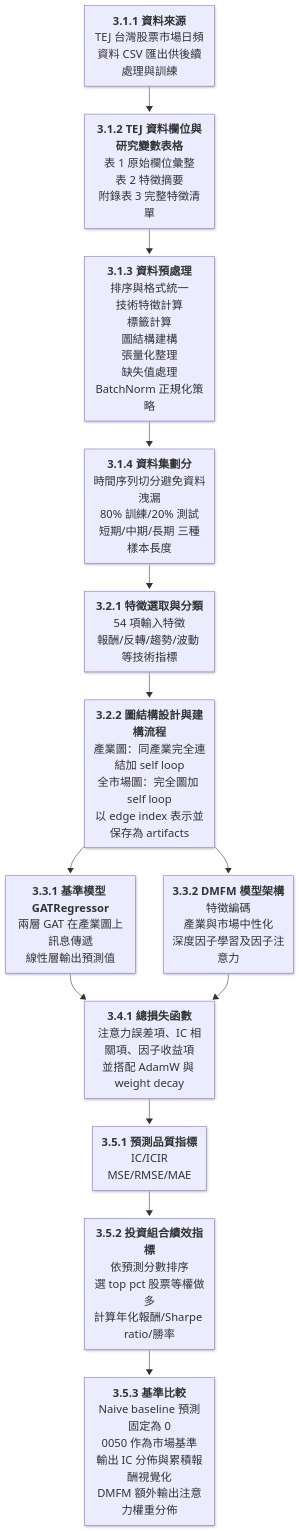
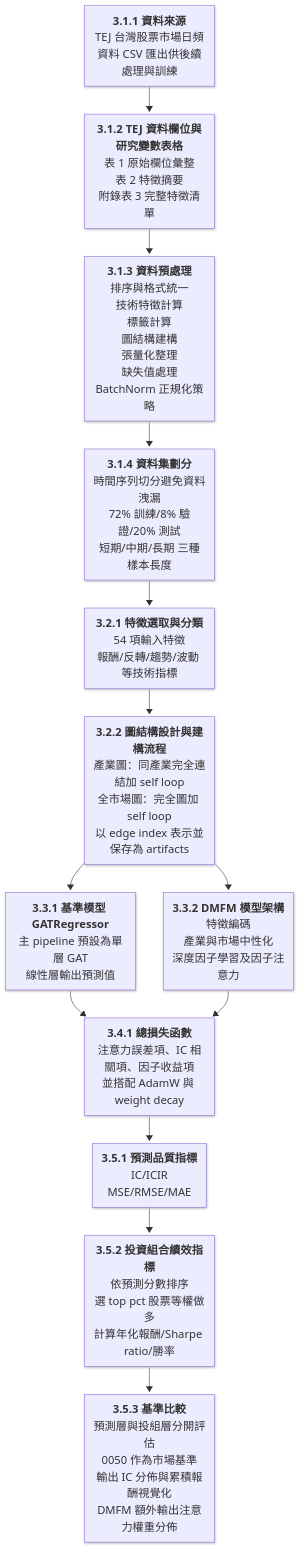
One commit to roy891030/Roy_Thesis changed the diagram in img/dmfm wei2022 gat Pipeline-2026-01-25-233003.mmd. Above: the diagram before and after it, drawn with Mermaid. The commit also changed 500 other files, not shown here.

```diff
--- a/img/dmfm wei2022 gat Pipeline-2026-01-25-233003.mmd
+++ b/img/dmfm wei2022 gat Pipeline-2026-01-25-233003.mmd
@@ -1,32 +1,32 @@
 ---
 config:
   layout: fixed
   look: neo
   themeVariables:
     fontSize: 20px
 ---
 flowchart TB
     A311["<b>3.1.1 資料來源<br></b>TEJ 台灣股票市場日頻資料 CSV 匯出供後續處理與訓練"] --> A312["<b>3.1.2 TEJ 資料欄位與研究變數表格<br></b>表 1 原始欄位彙整<br>表 2 特徵摘要<br>附錄表 3 完整特徵清單"]
     A312 --> A313["<b>3.1.3 資料預處理<br></b>排序與格式統一<br>技術特徵計算<br>標籤計算<br>圖結構建構<br>張量化整理<br>缺失值處理<br>BatchNorm 正規化策略"]
-    A313 --> A314["<b>3.1.4 資料集劃分<br></b>時間序列切分避免資料洩漏<br>80% 訓練/20% 測試<br>短期/中期/長期 三種樣本長度"]
+    A313 --> A314["<b>3.1.4 資料集劃分<br></b>時間序列切分避免資料洩漏<br>72% 訓練/8% 驗證/20% 測試<br>短期/中期/長期 三種樣本長度"]
     A314 --> B321["<b>3.2.1 特徵選取與分類<br></b>54 項輸入特徵<br>報酬/反轉/趨勢/波動 等技術指標"]
     B321 --> B322["<b>3.2.2 圖結構設計與建構流程<br></b>產業圖：同產業完全連結加 self loop<br>全市場圖：完全圖加 self loop<br>以 edge index 表示並保存為 artifacts"]
-    B322 --> C331["<b>3.3.1 基準模型 GATRegressor<br></b>兩層 GAT 在產業圖上訊息傳遞<br>線性層輸出預測值"] & C332["<b>3.3.2 DMFM 模型架構<br></b>特徵編碼<br>產業與市場中性化<br>深度因子學習及因子注意力"]
+    B322 --> C331["<b>3.3.1 基準模型 GATRegressor<br></b>主 pipeline 預設為單層 GAT<br>線性層輸出預測值"] & C332["<b>3.3.2 DMFM 模型架構<br></b>特徵編碼<br>產業與市場中性化<br>深度因子學習及因子注意力"]
     C331 --> D341["<b>3.4.1 總損失函數<br></b>注意力誤差項、IC 相關項、因子收益項<br>並搭配 AdamW 與 weight decay"]
     C332 --> D341
     D341 --> E351["<b>3.5.1 預測品質指標<br></b>IC/ICIR<br>MSE/RMSE/MAE"]
     E351 --> E352["<b>3.5.2 投資組合績效指標<br></b>依預測分數排序<br>選 top pct 股票等權做多<br>計算年化報酬/Sharpe ratio/勝率"]
-    E352 --> E353["<b>3.5.3 基準比較<br></b>Naive baseline 預測固定為 0<br>0050 作為市場基準<br>輸出 IC 分佈與累積報酬視覺化<br>DMFM 額外輸出注意力權重分佈"]
+    E352 --> E353["<b>3.5.3 基準比較<br></b>預測層與投組層分開評估<br>0050 作為市場基準<br>輸出 IC 分佈與累積報酬視覺化<br>DMFM 額外輸出注意力權重分佈"]
 
     A311@{ shape: rect}
     A312@{ shape: rect}
     A313@{ shape: rect}
     A314@{ shape: rect}
     B321@{ shape: rect}
     B322@{ shape: rect}
     C331@{ shape: rect}
     C332@{ shape: rect}
     D341@{ shape: rect}
     E351@{ shape: rect}
     E352@{ shape: rect}
     E353@{ shape: rect}
```
